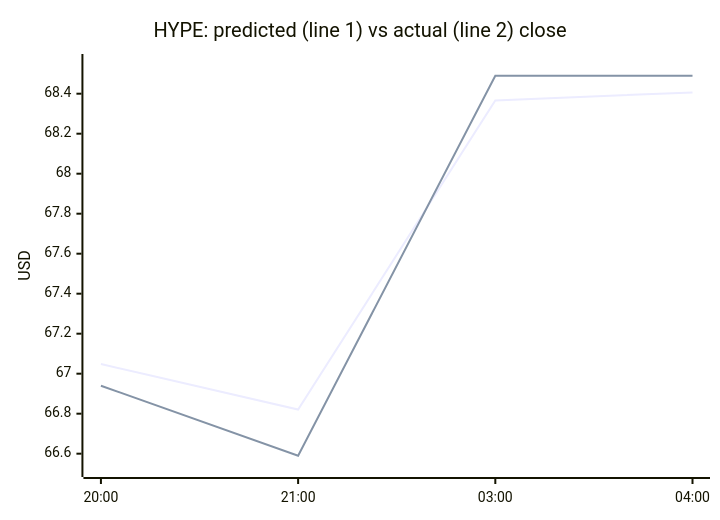
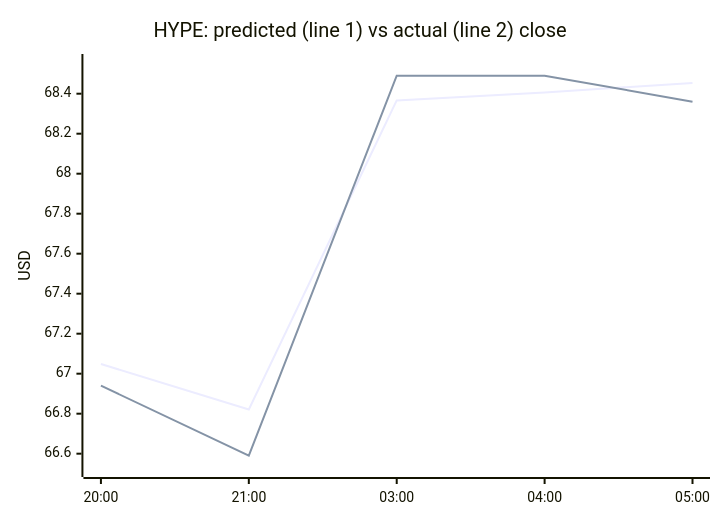
The fourth of 4 diagrams in README.md (samuelkreitl-wq/crypto-hourly-forecaster), drawn with Mermaid before and after one commit. The commit also changed other lines of this file and 15 other files, not shown here.

````diff
--- a/README.md
+++ b/README.md
@@ -65,8 +65,8 @@
 ```mermaid
 xychart-beta
     title "HYPE: predicted (line 1) vs actual (line 2) close"
-    x-axis ["20:00", "21:00", "03:00", "04:00"]
+    x-axis ["20:00", "21:00", "03:00", "04:00", "05:00"]
     y-axis "USD" 66.5234 --> 68.5585
-    line [67.0484, 66.8208, 68.3664, 68.4064]
-    line [66.9400, 66.5900, 68.4900, 68.4900]
+    line [67.0484, 66.8208, 68.3664, 68.4064, 68.4537]
+    line [66.9400, 66.5900, 68.4900, 68.4900, 68.3600]
 ```
````
